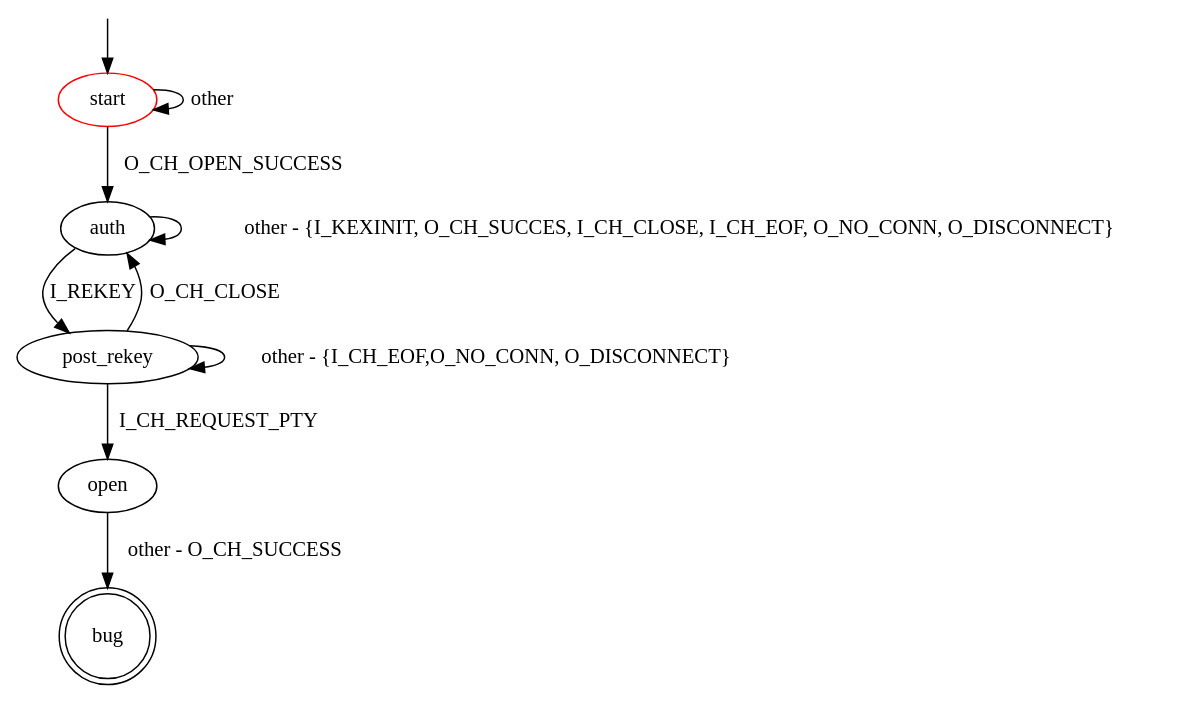
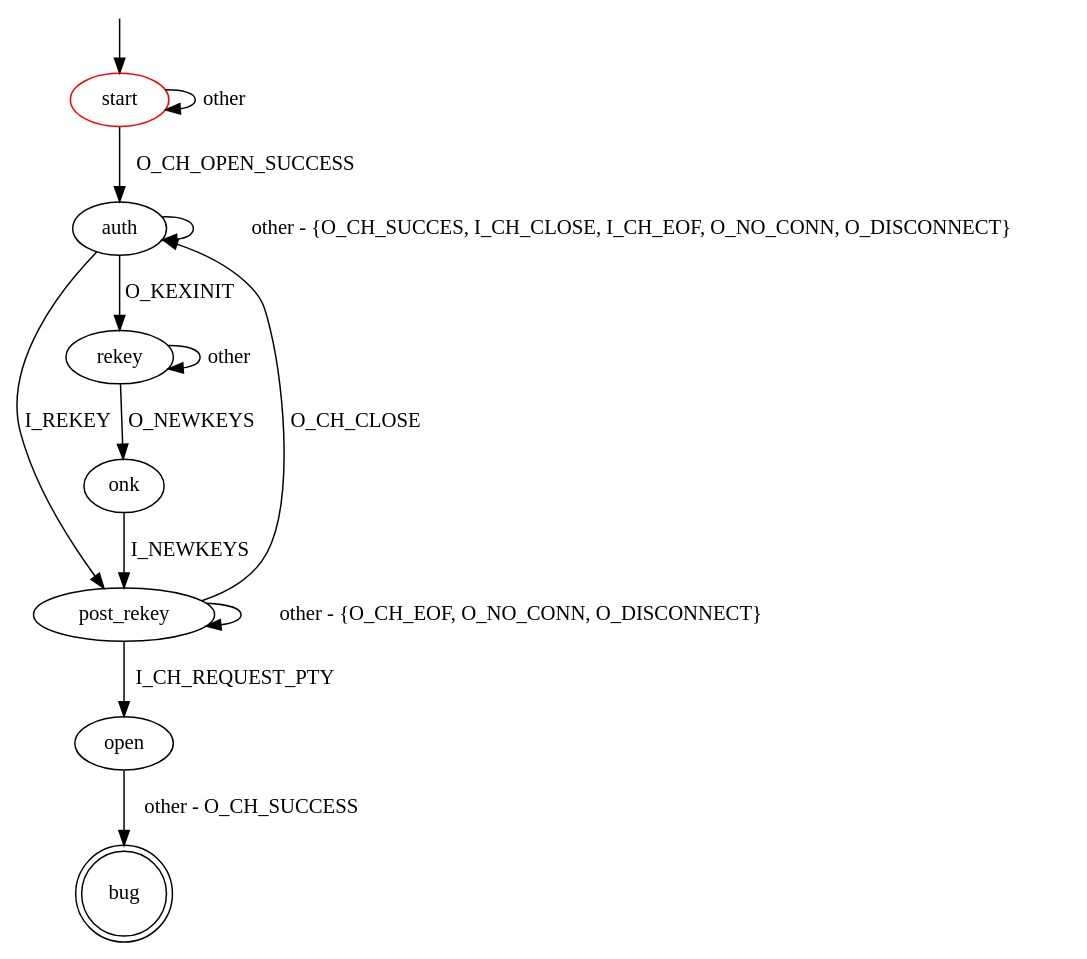
One commit to assist-project/state-machine-bug-finder changed the diagram in src/main/resources/patterns/ssh/channel_request_unsuccessful_after_rekey.dot. Above: the diagram before and after it, drawn with Graphviz. The commit also changed 1 other file, not shown here.

```diff
--- a/src/main/resources/patterns/ssh/channel_request_unsuccessful_after_rekey.dot
+++ b/src/main/resources/patterns/ssh/channel_request_unsuccessful_after_rekey.dot
@@ -1,18 +1,23 @@
 digraph G {
 label=""
 start [color="red"]
 bug [shape="doublecircle"]
 
 start -> auth [label="O_CH_OPEN_SUCCESS"]
 start -> start [label="other"]
 auth -> post_rekey [label="I_REKEY"]
-auth -> auth [label="other - {I_KEXINIT, O_CH_SUCCES, I_CH_CLOSE, I_CH_EOF, O_NO_CONN, O_DISCONNECT}"]
+auth -> rekey [label="O_KEXINIT"]
+auth -> auth [label="other - {O_CH_SUCCES, I_CH_CLOSE, I_CH_EOF, O_NO_CONN, O_DISCONNECT}"]
+
+rekey -> onk [label="O_NEWKEYS"]
+rekey -> rekey [label="other"]
+onk -> post_rekey [label="I_NEWKEYS"]
 
 post_rekey -> open [label="I_CH_REQUEST_PTY"]
 post_rekey -> auth [label="O_CH_CLOSE"]
-post_rekey -> post_rekey [label="other - {I_CH_EOF,O_NO_CONN, O_DISCONNECT}"]
+post_rekey -> post_rekey [label="other - {O_CH_EOF, O_NO_CONN, O_DISCONNECT}"]
 open -> bug [label="other - O_CH_SUCCESS"]
 
 __start0 [label="" shape="none" width="0" height="0"];
 __start0 -> start;
 }
```
